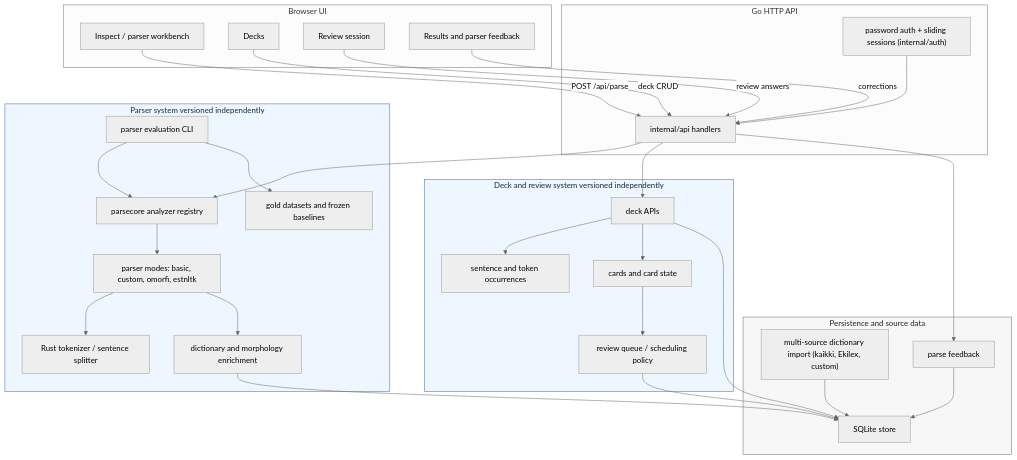
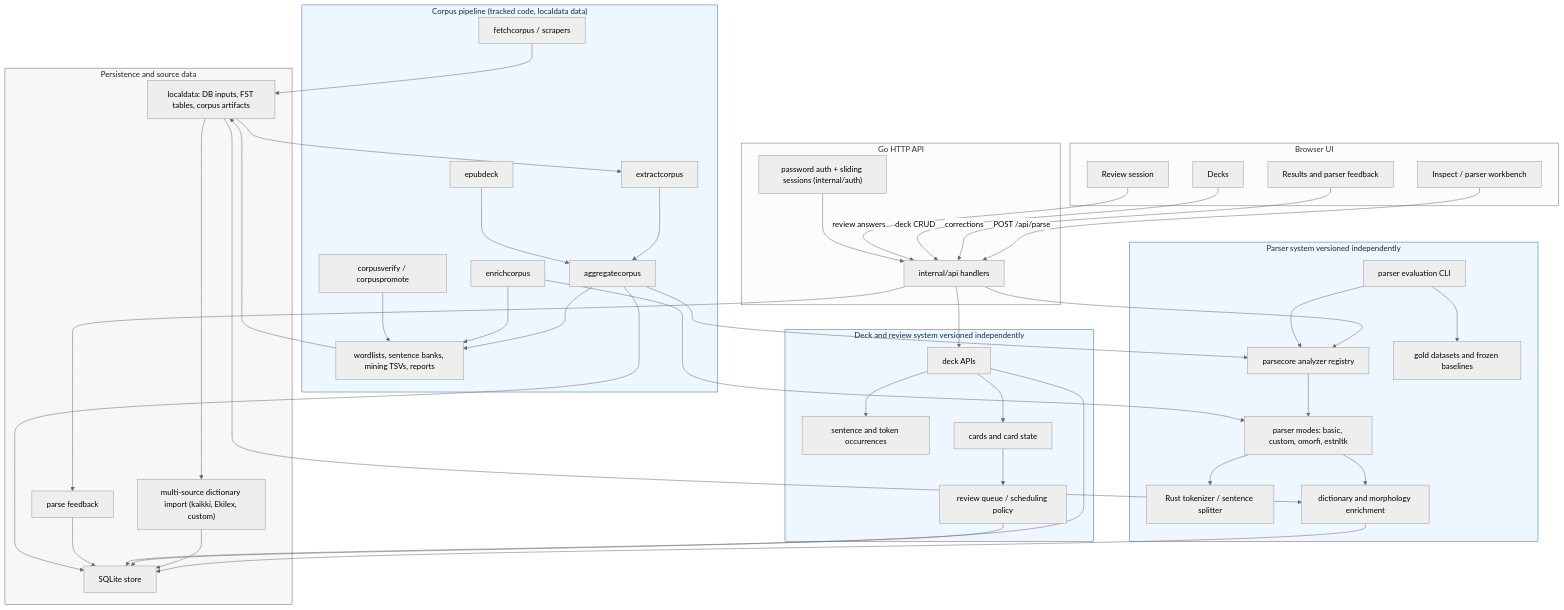
Before and after one commit to sagarinbabel/finnestdb: the diagram in ARCHITECTURE.md, drawn with Mermaid (neutral theme). The commit also changed other lines of this file and 11 other files, not shown here.

Commit message:
docs: refresh architecture and corpus pipeline

````diff
--- a/ARCHITECTURE.md
+++ b/ARCHITECTURE.md
@@ -96,6 +107,17 @@
     Store["SQLite store"]
     Dict["multi-source dictionary import (kaikki, Ekilex, custom)"]
     Feedback["parse feedback"]
+    LocalData["localdata: DB inputs, FST tables, corpus artifacts"]
+  end
+
+  subgraph CorpusPipeline["Corpus pipeline (tracked code, localdata data)"]
+    Fetch["fetchcorpus / scrapers"]
+    Extract["extractcorpus"]
+    Aggregate["aggregatecorpus"]
+    Verify["corpusverify / corpuspromote"]
+    EnrichCorpus["enrichcorpus"]
+    EpubDeck["epubdeck"]
+    CorpusExports["wordlists, sentence banks, mining TSVs, reports"]
   end
 
   Inspect -->|"POST /api/parse"| Handlers
@@ -109,6 +131,8 @@
   ParserModes --> RustParser
   ParserModes --> Enrichment
   Enrichment --> Store
+  LocalData --> Enrichment
+  LocalData --> Dict
   Dict --> Store
   ParserEval --> ParseCore
   ParserEval --> GoldData
@@ -122,8 +146,20 @@
   Handlers --> Feedback
   Feedback --> Store
 
+  Fetch --> LocalData
+  LocalData --> Extract
+  Extract --> Aggregate
+  Aggregate --> ParseCore
+  Aggregate --> Store
+  Aggregate --> CorpusExports
+  EnrichCorpus --> ParserModes
+  EnrichCorpus --> CorpusExports
+  EpubDeck --> Aggregate
+  Verify --> CorpusExports
+  CorpusExports --> LocalData
+
   classDef versioned fill:#eef6ff,stroke:#2b6cb0,color:#102a43
   classDef data fill:#f7f7f7,stroke:#666,color:#222
-  class ParserSystem,DeckReviewSystem versioned
+  class ParserSystem,DeckReviewSystem,CorpusPipeline versioned
   class Data data
 ```
````
